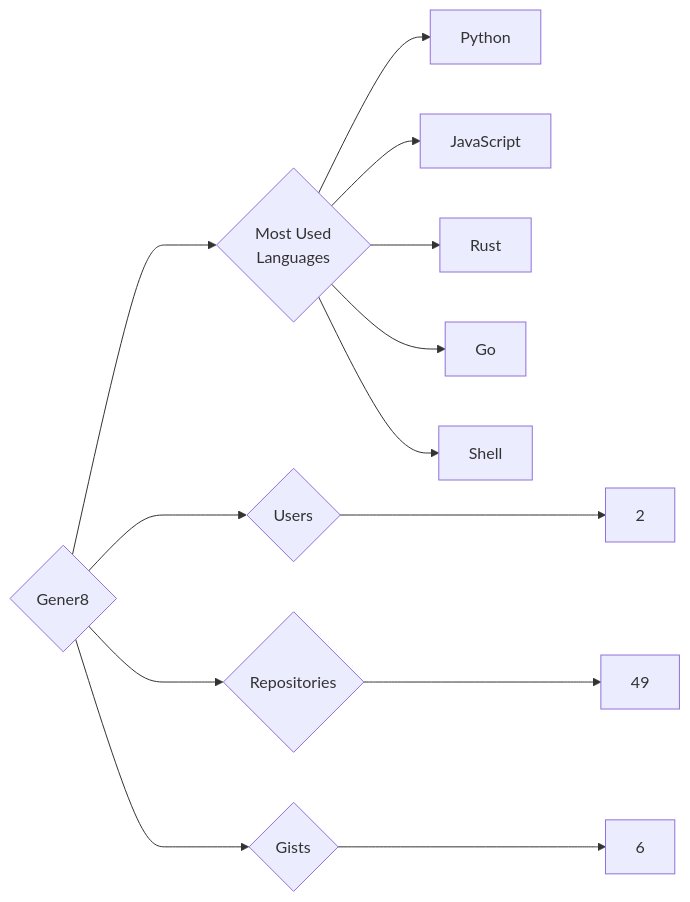
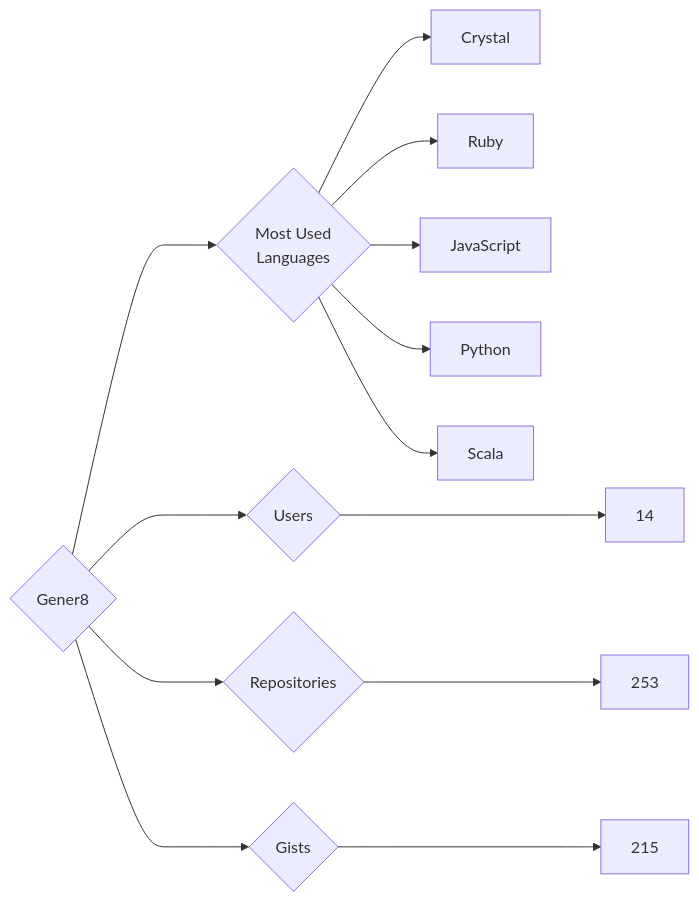
One commit to trickest/insiders changed the diagram in targets/Gener8/README.md. Above: the diagram before and after it, drawn with Mermaid. The commit also changed 965 other files, not shown here.

````diff
--- a/targets/Gener8/README.md
+++ b/targets/Gener8/README.md
@@ -3,13 +3,13 @@
 ```mermaid
 graph LR
 COMPANY_NAME{Gener8}
-COMPANY_NAME ---> U{Users} ---> UN[2]
-COMPANY_NAME ---> R{Repositories} ---> RN[49]
-COMPANY_NAME ---> G{Gists} ---> GN[6]
+COMPANY_NAME ---> U{Users} ---> UN[14]
+COMPANY_NAME ---> R{Repositories} ---> RN[253]
+COMPANY_NAME ---> G{Gists} ---> GN[215]
 COMPANY_NAME ---> ML{Most Used<br>Languages}
+ML --> Crystal[Crystal]
+ML --> Ruby[Ruby]
+ML --> JavaScript[JavaScript]
 ML --> Python[Python]
-ML --> JavaScript[JavaScript]
-ML --> Rust[Rust]
-ML --> Go[Go]
-ML --> Shell[Shell]
+ML --> Scala[Scala]
 ```
````
